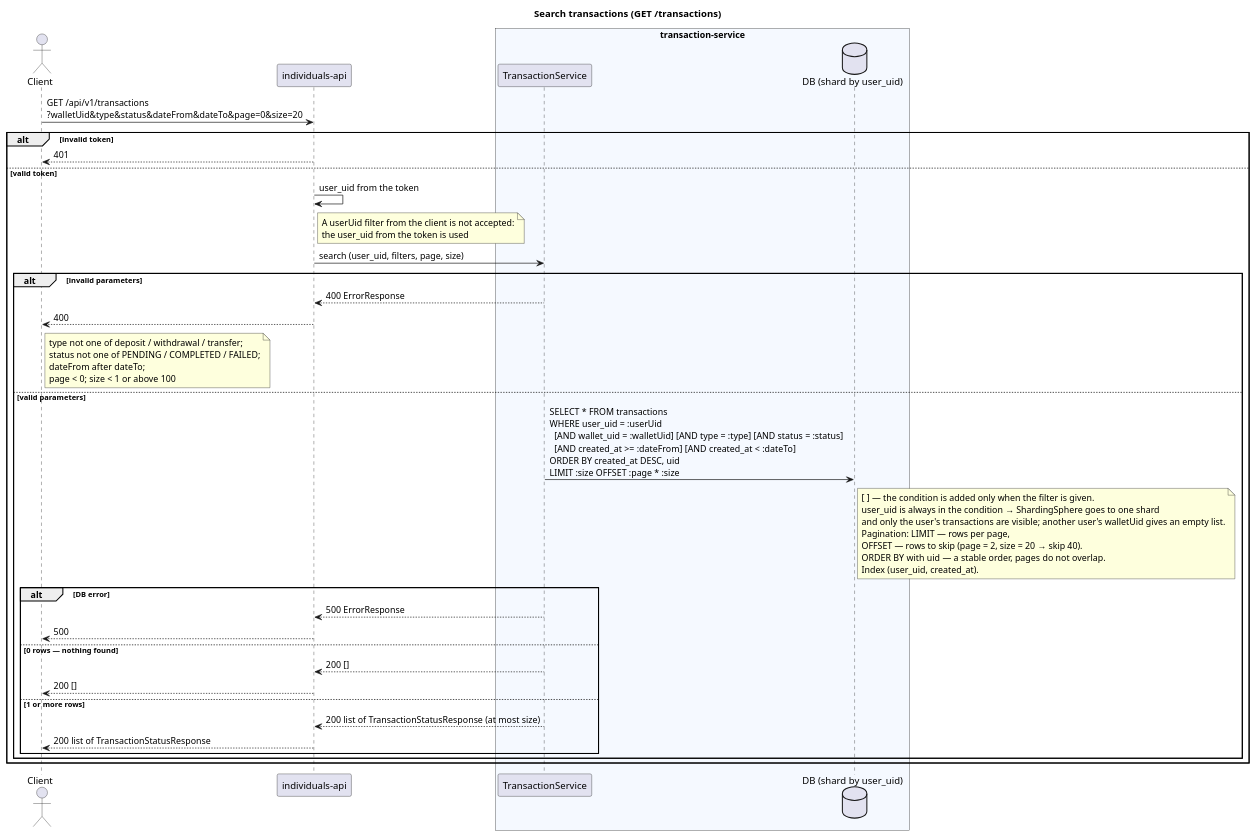
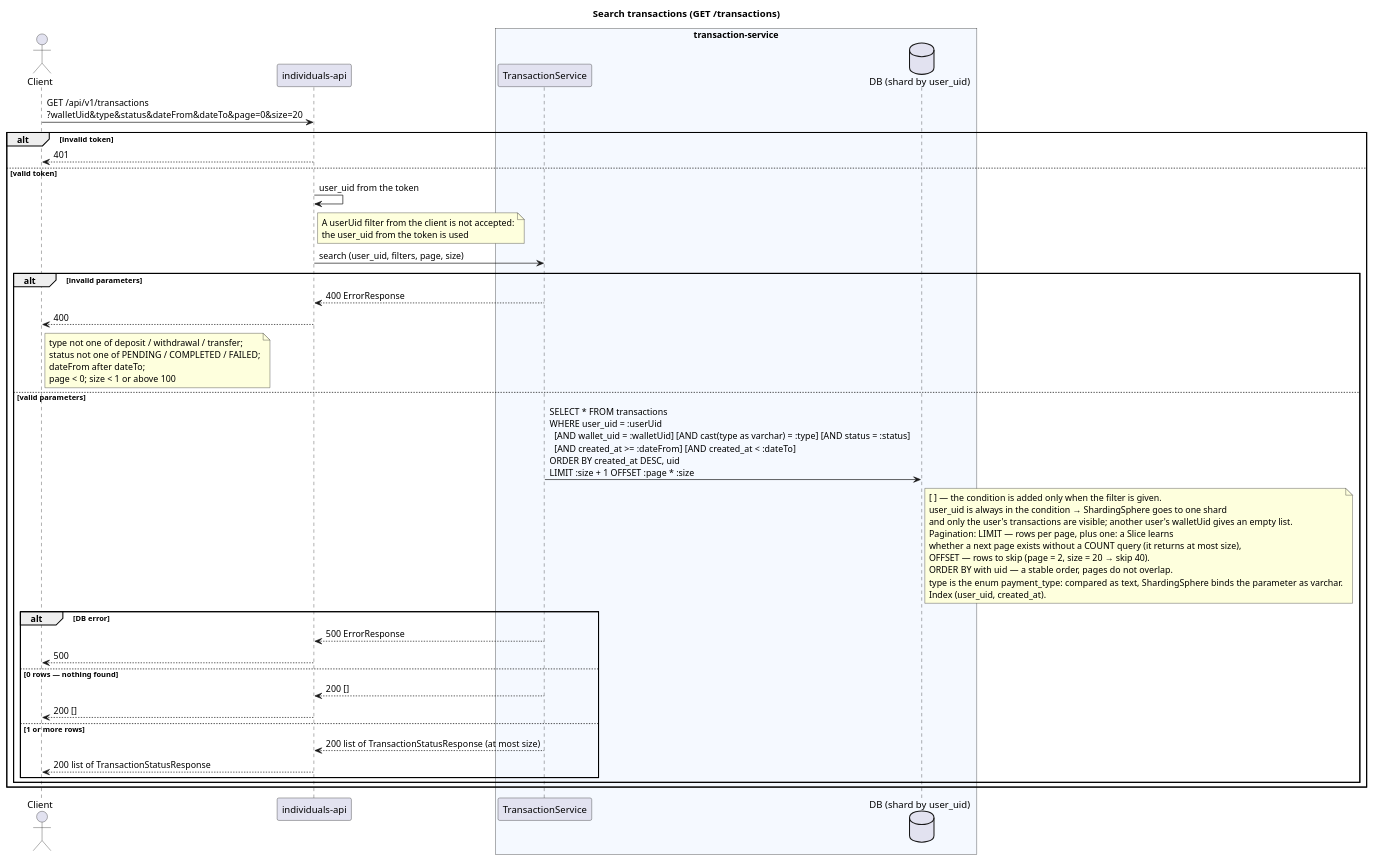
One commit to dezxxx/payment-platform changed the diagram in transaction-service/diagrams-c4/uml/en/sequence-transactions-search.puml. Above: the diagram before and after it, drawn with PlantUML. The commit also changed 11 other files, not shown here.

```diff
--- a/transaction-service/diagrams-c4/uml/en/sequence-transactions-search.puml
+++ b/transaction-service/diagrams-c4/uml/en/sequence-transactions-search.puml
@@ -1,53 +1,55 @@
 @startuml sequence-transactions-search
 title Search transactions (GET /transactions)
 
 actor "Client" as Client
 participant "individuals-api" as IA
 box "transaction-service" #F5F9FF
     participant "TransactionService" as TS
     database "DB (shard by user_uid)" as DB
 end box
 
 Client -> IA: GET /api/v1/transactions\n?walletUid&type&status&dateFrom&dateTo&page=0&size=20
 alt invalid token
     IA --> Client: 401
 else valid token
     IA -> IA: user_uid from the token
     note right of IA
       A userUid filter from the client is not accepted:
       the user_uid from the token is used
     end note
     IA -> TS: search (user_uid, filters, page, size)
     alt invalid parameters
         TS --> IA: 400 ErrorResponse
         IA --> Client: 400
         note right of Client
           type not one of deposit / withdrawal / transfer;
           status not one of PENDING / COMPLETED / FAILED;
           dateFrom after dateTo;
           page < 0; size < 1 or above 100
         end note
     else valid parameters
-        TS -> DB: SELECT * FROM transactions\nWHERE user_uid = :userUid\n  [AND wallet_uid = :walletUid] [AND type = :type] [AND status = :status]\n  [AND created_at >= :dateFrom] [AND created_at < :dateTo]\nORDER BY created_at DESC, uid\nLIMIT :size OFFSET :page * :size
+        TS -> DB: SELECT * FROM transactions\nWHERE user_uid = :userUid\n  [AND wallet_uid = :walletUid] [AND cast(type as varchar) = :type] [AND status = :status]\n  [AND created_at >= :dateFrom] [AND created_at < :dateTo]\nORDER BY created_at DESC, uid\nLIMIT :size + 1 OFFSET :page * :size
         note right of DB
           [ ] — the condition is added only when the filter is given.
           user_uid is always in the condition → ShardingSphere goes to one shard
           and only the user's transactions are visible; another user's walletUid gives an empty list.
-          Pagination: LIMIT — rows per page,
+          Pagination: LIMIT — rows per page, plus one: a Slice learns
+          whether a next page exists without a COUNT query (it returns at most size),
           OFFSET — rows to skip (page = 2, size = 20 → skip 40).
           ORDER BY with uid — a stable order, pages do not overlap.
+          type is the enum payment_type: compared as text, ShardingSphere binds the parameter as varchar.
           Index (user_uid, created_at).
         end note
         alt DB error
             TS --> IA: 500 ErrorResponse
             IA --> Client: 500
         else 0 rows — nothing found
             TS --> IA: 200 []
             IA --> Client: 200 []
         else 1 or more rows
             TS --> IA: 200 list of TransactionStatusResponse (at most size)
             IA --> Client: 200 list of TransactionStatusResponse
         end
     end
 end
 @enduml
```
